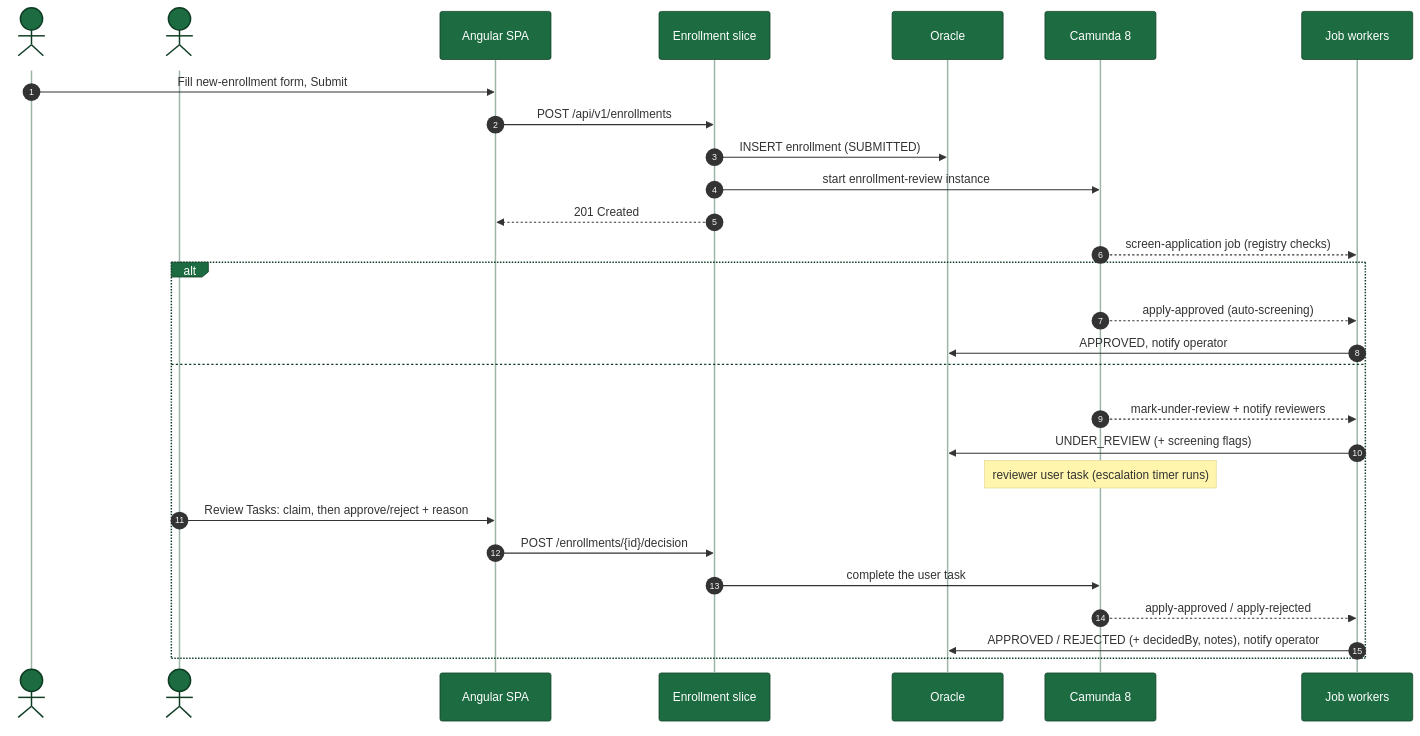
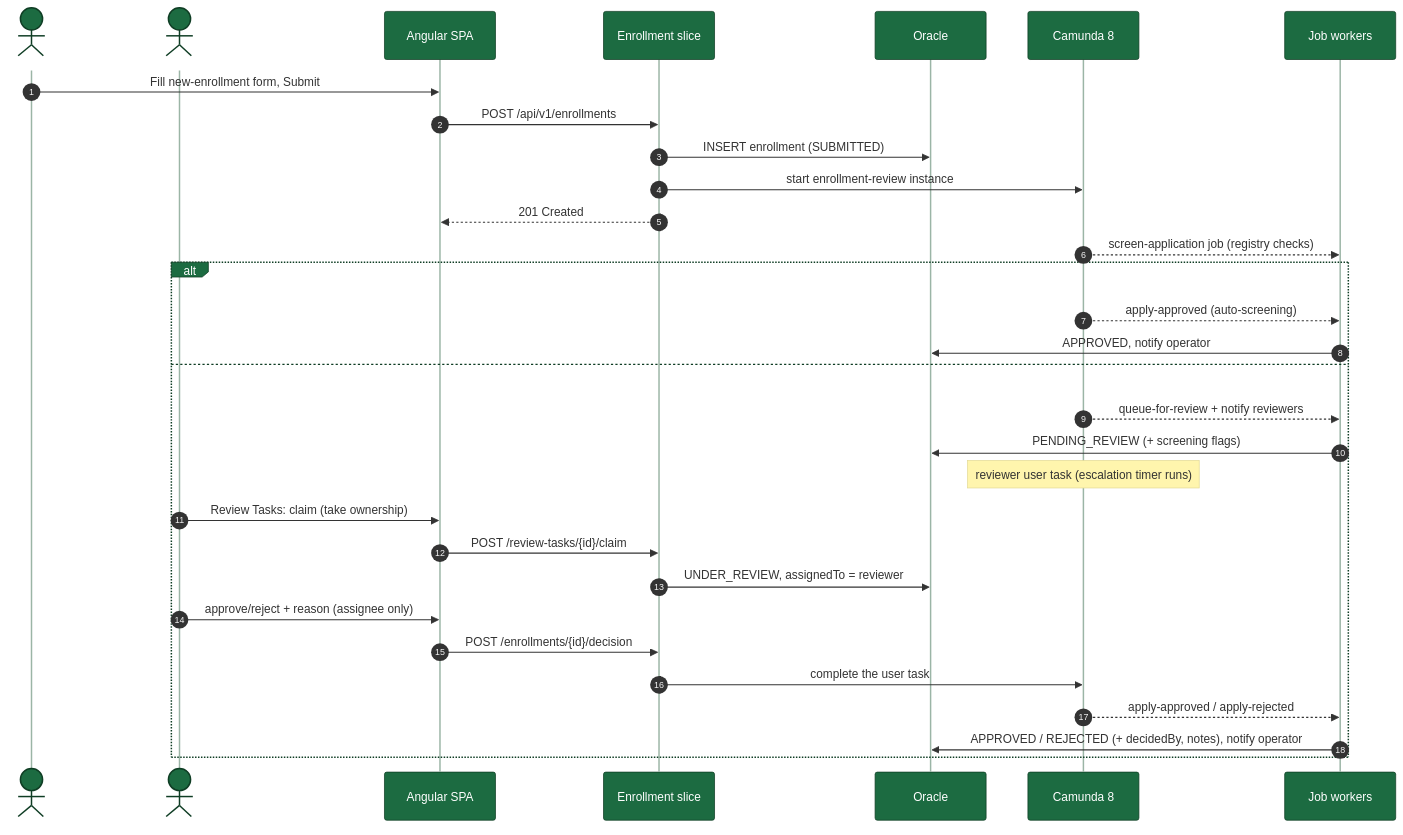
Before and after one commit to Anas-Lees/nrs-enrollment-lookup: the third of 3 diagrams in README.md, drawn with Mermaid. The commit also changed other lines of this file and 21 other files, not shown here.

````diff
--- a/README.md
+++ b/README.md
@@ -185,31 +192,34 @@
 ```mermaid
 %%{init: {"theme":"base","themeVariables":{"actorBkg":"#1c6b41","actorBorder":"#0f3d24","actorTextColor":"#ffffff","actorLineColor":"#9bb5a6"}}}%%
 sequenceDiagram
   autonumber
   actor O as Operator
   actor R as Reviewer
   participant S as Angular SPA
   participant E as Enrollment slice
   participant DB as Oracle
   participant C as Camunda 8
   participant W as Job workers
   O->>S: Fill new-enrollment form, Submit
   S->>E: POST /api/v1/enrollments
   E->>DB: INSERT enrollment (SUBMITTED)
   E->>C: start enrollment-review instance
   E-->>S: 201 Created
   C-->>W: screen-application job (registry checks)
   alt clean renewal
     C-->>W: apply-approved (auto-screening)
     W->>DB: APPROVED, notify operator
   else flagged
-    C-->>W: mark-under-review + notify reviewers
-    W->>DB: UNDER_REVIEW (+ screening flags)
+    C-->>W: queue-for-review + notify reviewers
+    W->>DB: PENDING_REVIEW (+ screening flags)
     Note over C: reviewer user task (escalation timer runs)
-    R->>S: Review Tasks: claim, then approve/reject + reason
+    R->>S: Review Tasks: claim (take ownership)
+    S->>E: POST /review-tasks/{id}/claim
+    E->>DB: UNDER_REVIEW, assignedTo = reviewer
+    R->>S: approve/reject + reason (assignee only)
     S->>E: POST /enrollments/{id}/decision
     E->>C: complete the user task
     C-->>W: apply-approved / apply-rejected
     W->>DB: APPROVED / REJECTED (+ decidedBy, notes), notify operator
   end
 ```
````
